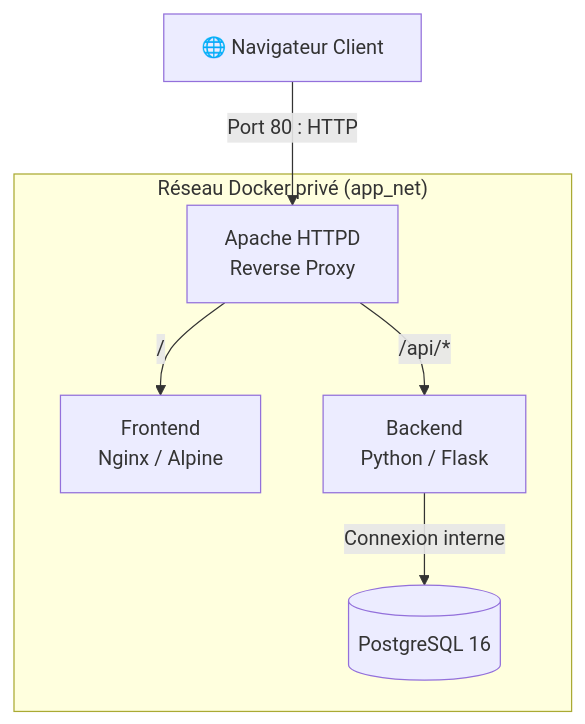
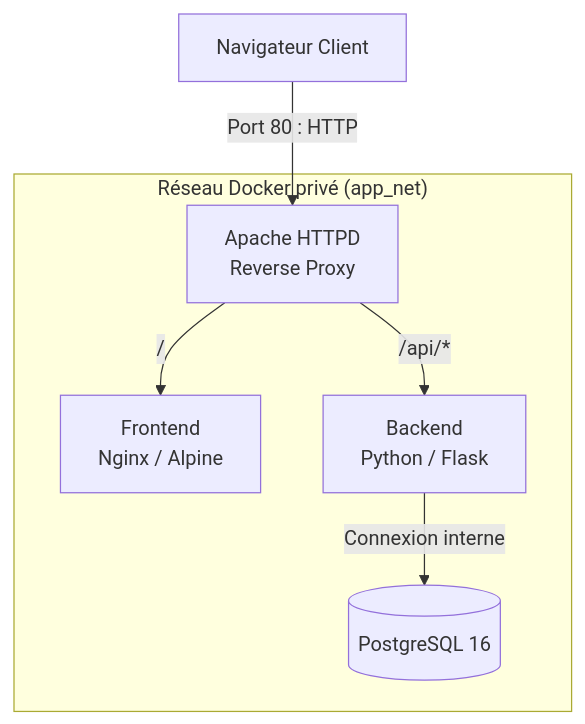
The diagram in README.md (GuezouriSofiane/DevOPS), drawn with Mermaid before and after one commit. The commit also changed other lines of this file, not shown here.

````diff
--- a/README.md
+++ b/README.md
@@ -13,10 +13,10 @@
 ```mermaid
 graph TD
-    Client["🌐 Navigateur Client"] -->|Port 80 : HTTP| Apache["Apache HTTPD<br/>Reverse Proxy"]
+    Client[" Navigateur Client"] -->|Port 80 : HTTP| Apache["Apache HTTPD<br/>Reverse Proxy"]
 
     subgraph app_net["Réseau Docker privé (app_net)"]
         Apache -->|/| Frontend["Frontend<br/>Nginx / Alpine"]
         Apache -->|/api/*| Backend["Backend<br/>Python / Flask"]
         Backend -->|Connexion interne| Postgres[(PostgreSQL 16)]
     end
 ```
````
